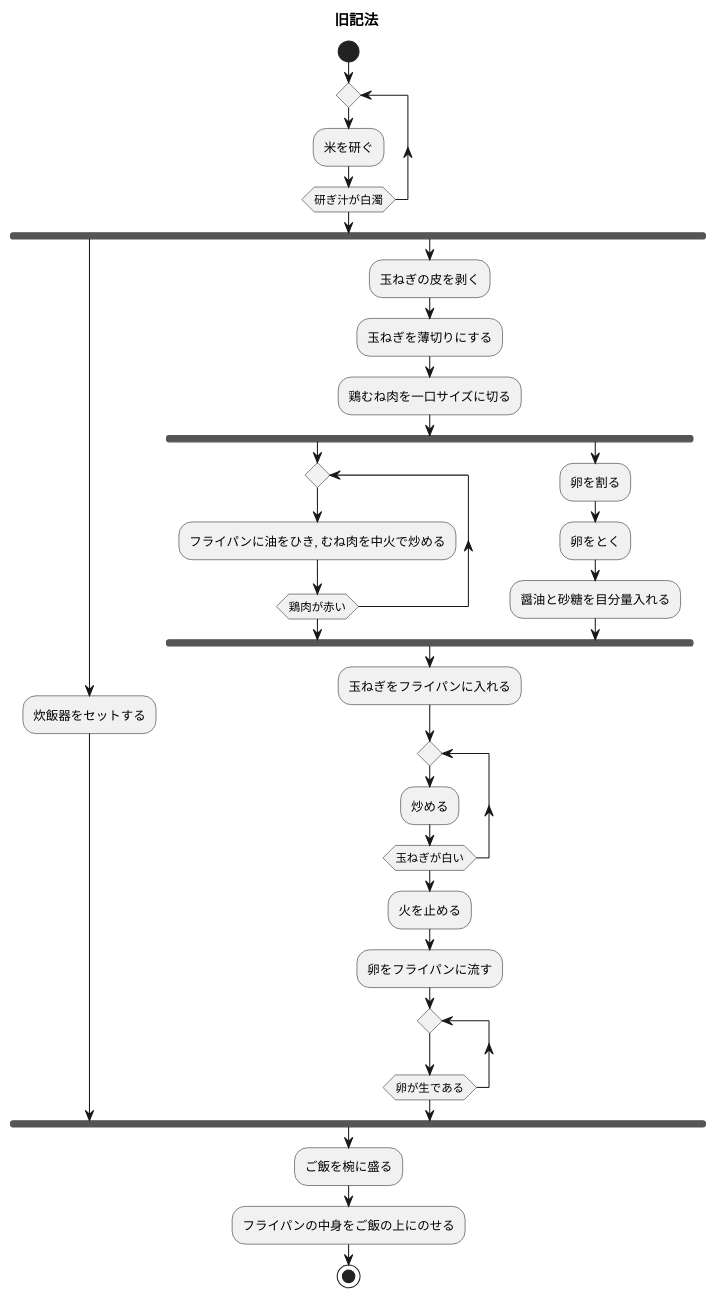
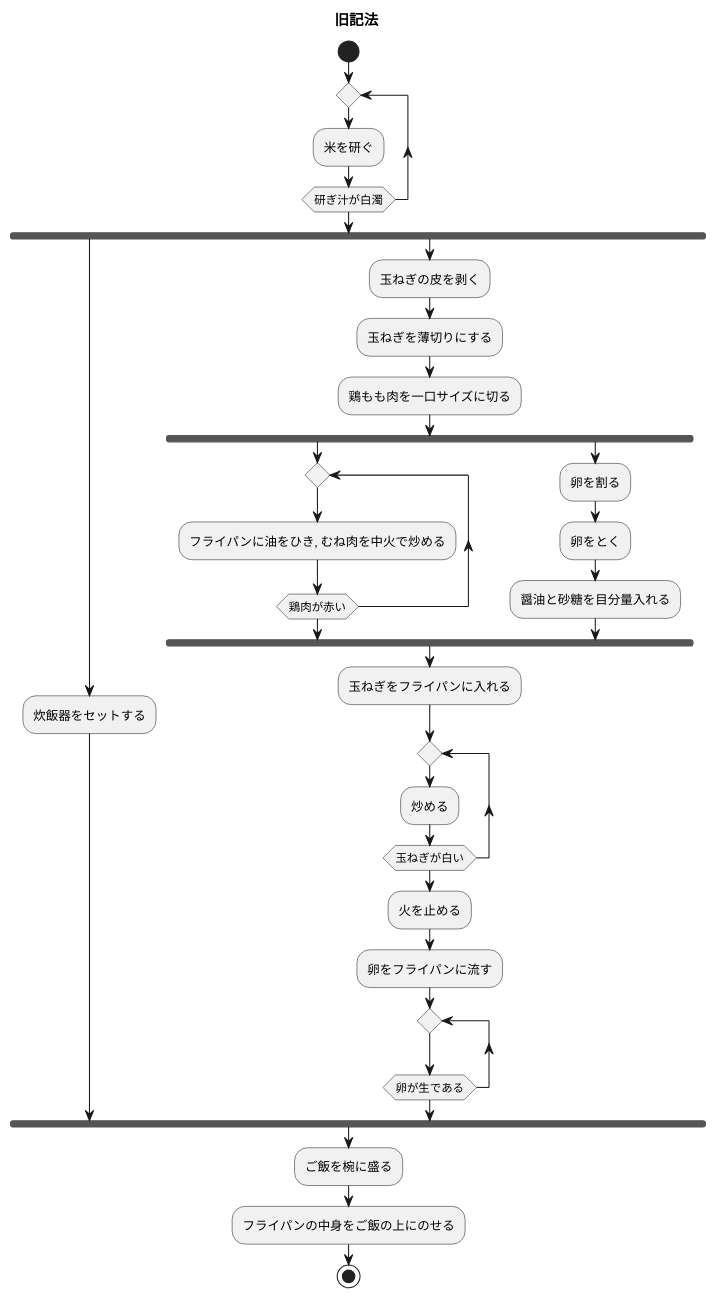
The diagram in oyakodon/recipe.md (cyber-tribe/Cook), drawn with PlantUML before and after one commit. The commit also changed 1 other file, not shown here.

Commit message:
肉の種類を変更

````diff
--- a/oyakodon/recipe.md
+++ b/oyakodon/recipe.md
@@ -1,41 +1,41 @@
 ``` plantuml
 @startuml
 title 旧記法
 
 start
 
 repeat
     :米を研ぐ;
 repeat while (研ぎ汁が白濁)
 
 fork
     :炊飯器をセットする;
 fork again
     :玉ねぎの皮を剥く;
     :玉ねぎを薄切りにする;
-    :鶏むね肉を一口サイズに切る;
+    :鶏もも肉を一口サイズに切る;
     fork
         repeat
             :フライパンに油をひき, むね肉を中火で炒める;
         repeat while(鶏肉が赤い)
         fork again
             :卵を割る;
             :卵をとく;
             :醤油と砂糖を目分量入れる;
     end fork
     :玉ねぎをフライパンに入れる;
     repeat
         :炒める;
     repeat while(玉ねぎが白い)
     :火を止める;
     :卵をフライパンに流す;
     repeat
     repeat while(卵が生である)
 end fork
 :ご飯を椀に盛る;
 :フライパンの中身をご飯の上にのせる;
 
 stop
 
 @enduml
 ```
````
